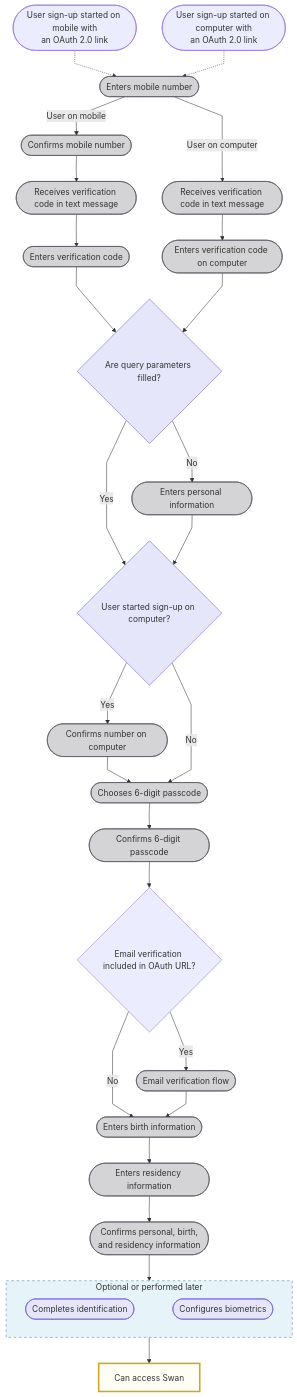
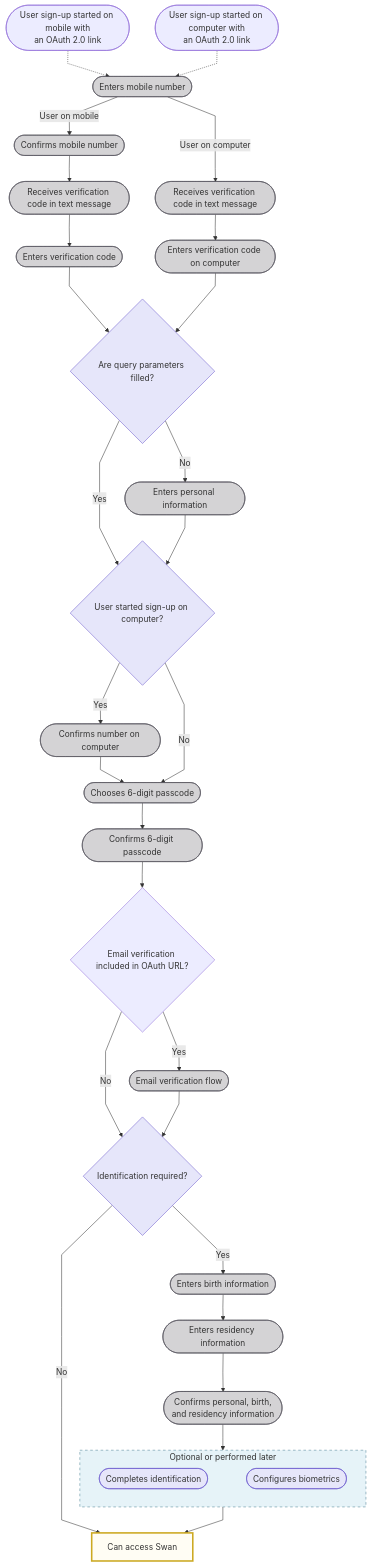
Before and after one commit to swan-io/docs: the diagram in docs/users/concepts/user/sign-up.mdx, drawn with Mermaid. The commit also changed other lines of this file and 17 other files, not shown here.

````diff
--- a/docs/users/concepts/user/sign-up.mdx
+++ b/docs/users/concepts/user/sign-up.mdx
@@ -62,64 +62,67 @@
 ```mermaid
 %%{ init: { 'flowchart': { 'curve': 'linear' } } }%%
 flowchart TB
     MobileEntry([User sign-up started on mobile with<br/>an OAuth 2.0 link]) -.-> EntersMobileNumber([Enters mobile number])
     ComputerEntry([User sign-up started on computer with<br/>an OAuth 2.0 link]) -.-> EntersMobileNumber
 
     EntersMobileNumber -- User on mobile --> ConfirmsMobileNumberMobile([Confirms mobile number])
     EntersMobileNumber -- User on computer --> ReceivesOTP([Receives verification code in text message])
 
     ConfirmsMobileNumberMobile --> ReceivesCode([Receives verification code in text message])
     ReceivesCode --> EntersCode([Enters verification code])
     EntersCode --> QueryParams{Are query parameters filled?}
     
     ReceivesOTP --> EntersOTP([Enters verification code on computer])
     EntersOTP --> QueryParams
 
     QueryParams -- No --> EntersPI([Enters personal information])
     QueryParams -- Yes --> UserStartedComputer{User started sign-up on computer?}
 
     EntersPI --> UserStartedComputer
     UserStartedComputer -- Yes --> ConfirmsNumber([Confirms number on computer])
     ConfirmsNumber --> ChoosesPasscode([Chooses 6-digit passcode])
     UserStartedComputer -- No --> ChoosesPasscode
 
     ChoosesPasscode --> ConfirmsPasscode([Confirms 6-digit passcode])
 
     ConfirmsPasscode --> EmailVerificationIncluded{Email verification included in OAuth URL?}
     EmailVerificationIncluded -- Yes --> EmailVerificationFlow([Email verification flow])
-    EmailVerificationIncluded -- No --> EntersBirthInfo
+    EmailVerificationIncluded -- No --> IdRequired
 
-    EmailVerificationFlow --> EntersBirthInfo([Enters birth information])
+    EmailVerificationFlow --> IdRequired{Identification required?}
+    IdRequired -- No --> S
+    IdRequired -- Yes --> EntersBirthInfo([Enters birth information])
     EntersBirthInfo --> EntersResidencyInfo([Enters residency information])
     EntersResidencyInfo --> ConfirmsInfo([Confirms personal, birth,<br/>and residency information])
 
     ConfirmsInfo --> O
 
     subgraph O[Optional or performed later]
         direction LR
         IV([Completes identification]) ~~~ B([Configures biometrics])
     end
 
     O --> S[Can access Swan]
 
     style S fill:#fffdf4,stroke:#cca922,stroke-width:3px
     style O fill:#E6F3F8,stroke:#4D8296,stroke-dasharray: 5 5
     style IV fill:#E6E6FA,stroke:#6A5ACD
     style B fill:#E6E6FA,stroke:#6A5ACD
     style EntersMobileNumber fill:#D4D3D5,stroke:#514F59
     style ConfirmsMobileNumberMobile fill:#D4D3D5,stroke:#514F59
     style ReceivesCode fill:#D4D3D5,stroke:#514F59
     style EntersCode fill:#D4D3D5,stroke:#514F59
     style ReceivesOTP fill:#D4D3D5,stroke:#514F59
     style EntersOTP fill:#D4D3D5,stroke:#514F59
     style ConfirmsNumber fill:#D4D3D5,stroke:#514F59
     style EntersPI fill:#D4D3D5,stroke:#514F59
     style ChoosesPasscode fill:#D4D3D5,stroke:#514F59
     style ConfirmsPasscode fill:#D4D3D5,stroke:#514F59
     style EmailVerificationFlow fill:#D4D3D5,stroke:#514F59
     style EntersBirthInfo fill:#D4D3D5,stroke:#514F59
     style EntersResidencyInfo fill:#D4D3D5,stroke:#514F59
     style ConfirmsInfo fill:#D4D3D5,stroke:#514F59
     style UserStartedComputer fill:#E6E6FA,stroke:#6A5ACD
     style QueryParams fill:#E6E6FA,stroke:#6A5ACD
+    style IdRequired fill:#E6E6FA,stroke:#6A5ACD
 ```
````
